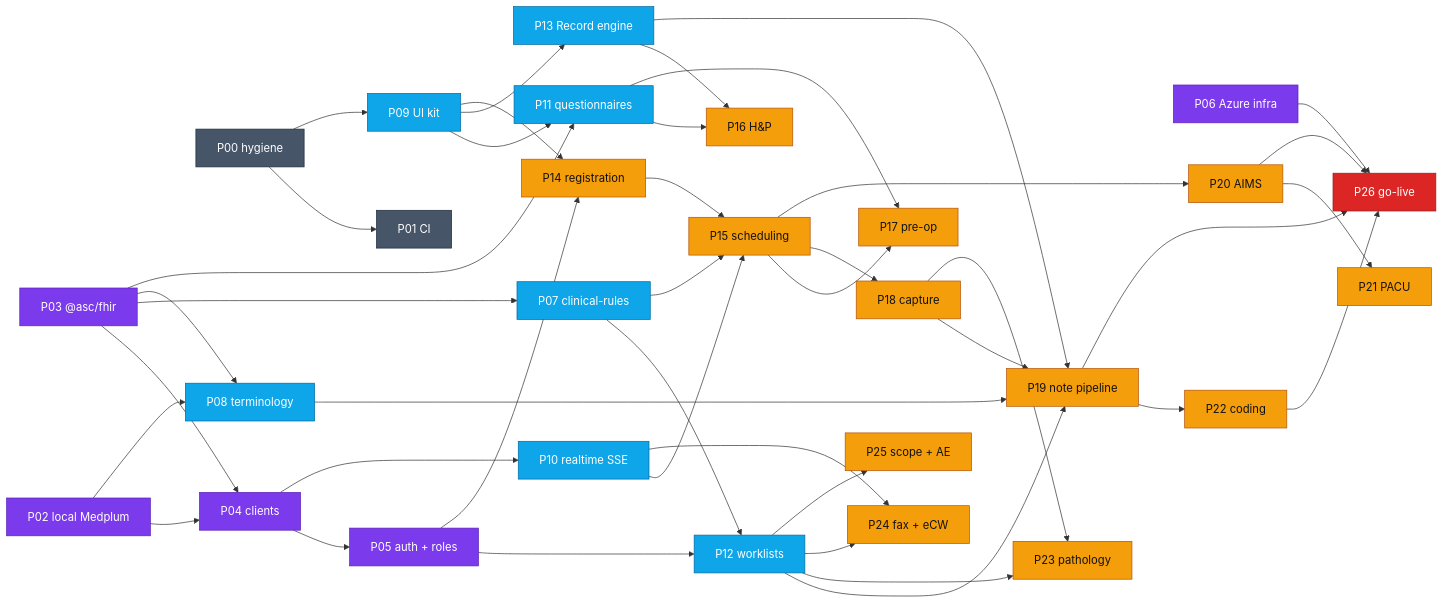
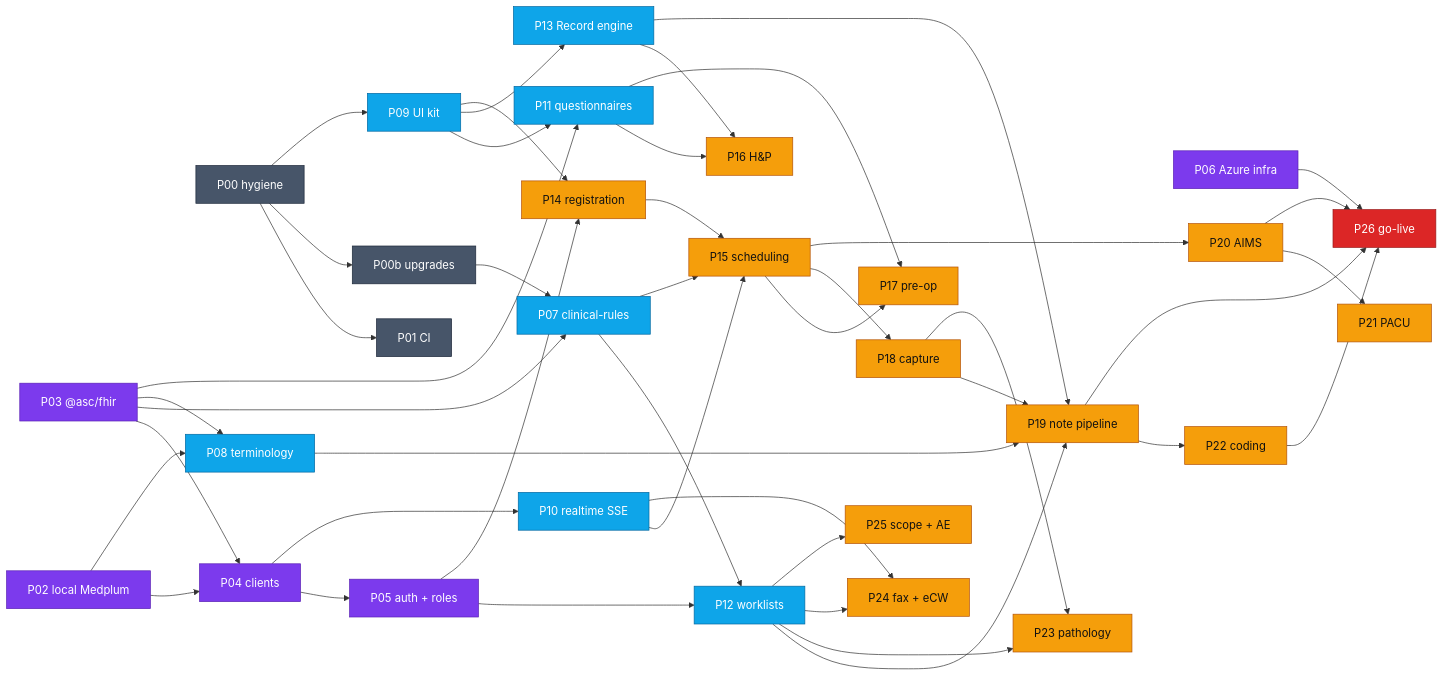
The second of 2 diagrams in docs/plan/implementation-plan.md (imRahul05/ASC-EHR), drawn with Mermaid before and after one commit. The commit also changed other lines of this file and 6 other files, not shown here.

````diff
--- a/docs/plan/implementation-plan.md
+++ b/docs/plan/implementation-plan.md
@@ -169,50 +172,52 @@
 ```mermaid
 flowchart LR
     classDef w0 fill:#475569,color:#fff,stroke:#1e293b
     classDef w1 fill:#7c3aed,color:#fff,stroke:#5b21b6
     classDef w2 fill:#0ea5e9,color:#fff,stroke:#0369a1
     classDef w3 fill:#f59e0b,color:#111,stroke:#b45309
     classDef w4 fill:#dc2626,color:#fff,stroke:#991b1b
 
     P00[P00 hygiene]:::w0 --> P01[P01 CI]:::w0
+    P00 --> P00b[P00b upgrades]:::w0
+    P00b --> P07
     P02[P02 local Medplum]:::w1 --> P04[P04 clients]:::w1
     P03[P03 @asc/fhir]:::w1 --> P04
     P04 --> P05[P05 auth + roles]:::w1
     P06[P06 Azure infra]:::w1
     P03 --> P07[P07 clinical-rules]:::w2
     P03 --> P08[P08 terminology]:::w2
     P02 --> P08
     P00 --> P09[P09 UI kit]:::w2
     P04 --> P10[P10 realtime SSE]:::w2
     P09 --> P11[P11 questionnaires]:::w2
     P03 --> P11
     P05 --> P12[P12 worklists]:::w2
     P07 --> P12
     P09 --> P13[P13 Record engine]:::w2
     P05 --> P14[P14 registration]:::w3
     P09 --> P14
     P14 --> P15[P15 scheduling]:::w3
     P07 --> P15
     P10 --> P15
     P11 --> P16[P16 H&P]:::w3
     P13 --> P16
     P11 --> P17[P17 pre-op]:::w3
     P15 --> P17
     P15 --> P18[P18 capture]:::w3
     P18 --> P19[P19 note pipeline]:::w3
     P13 --> P19
     P08 --> P19
     P12 --> P19
     P15 --> P20[P20 AIMS]:::w3
     P20 --> P21[P21 PACU]:::w3
     P19 --> P22[P22 coding]:::w3
     P18 --> P23[P23 pathology]:::w3
     P12 --> P23
     P12 --> P24[P24 fax + eCW]:::w3
     P10 --> P24
     P12 --> P25[P25 scope + AE]:::w3
     P19 --> P26[P26 go-live]:::w4
     P20 --> P26
     P22 --> P26
     P06 --> P26
 ```
````
